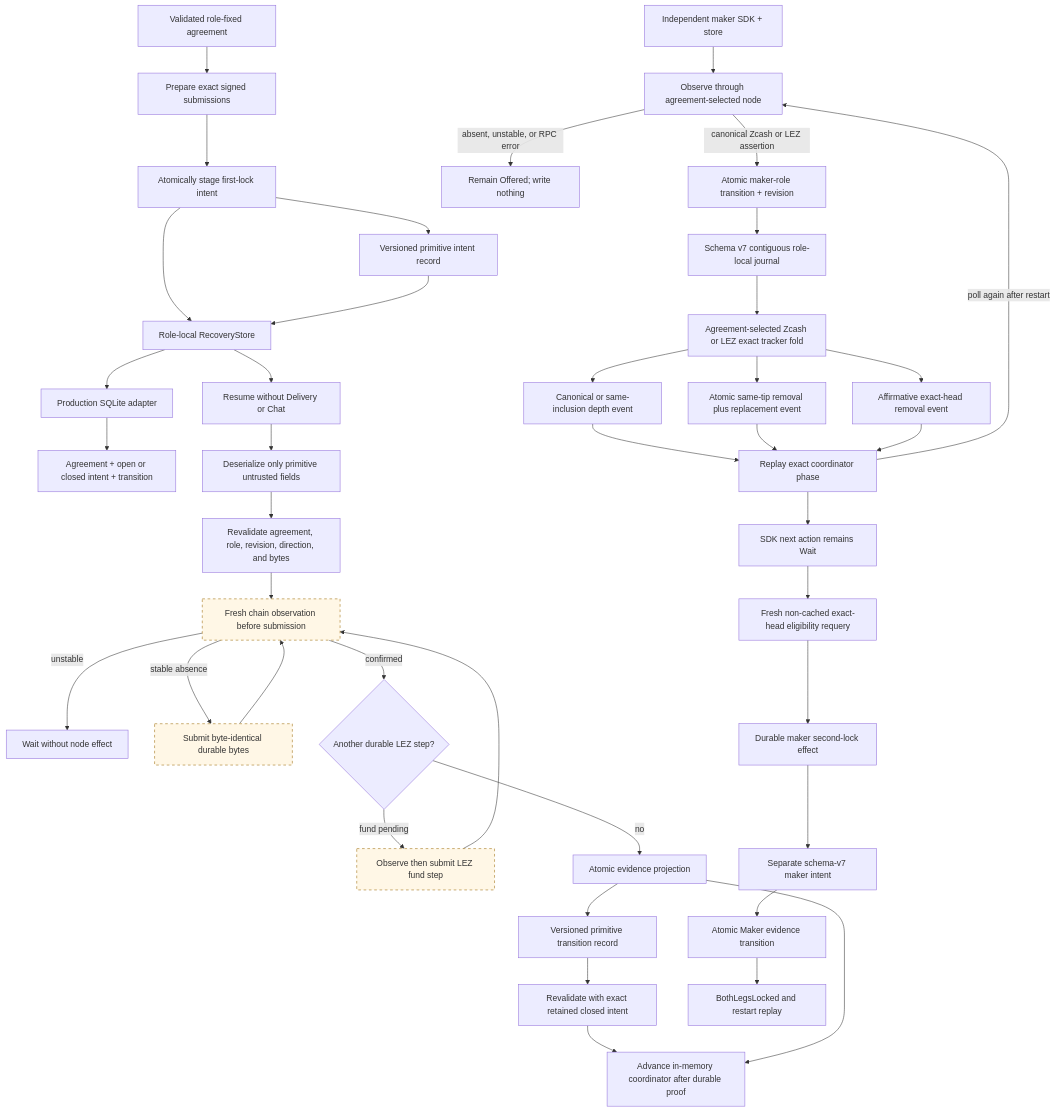
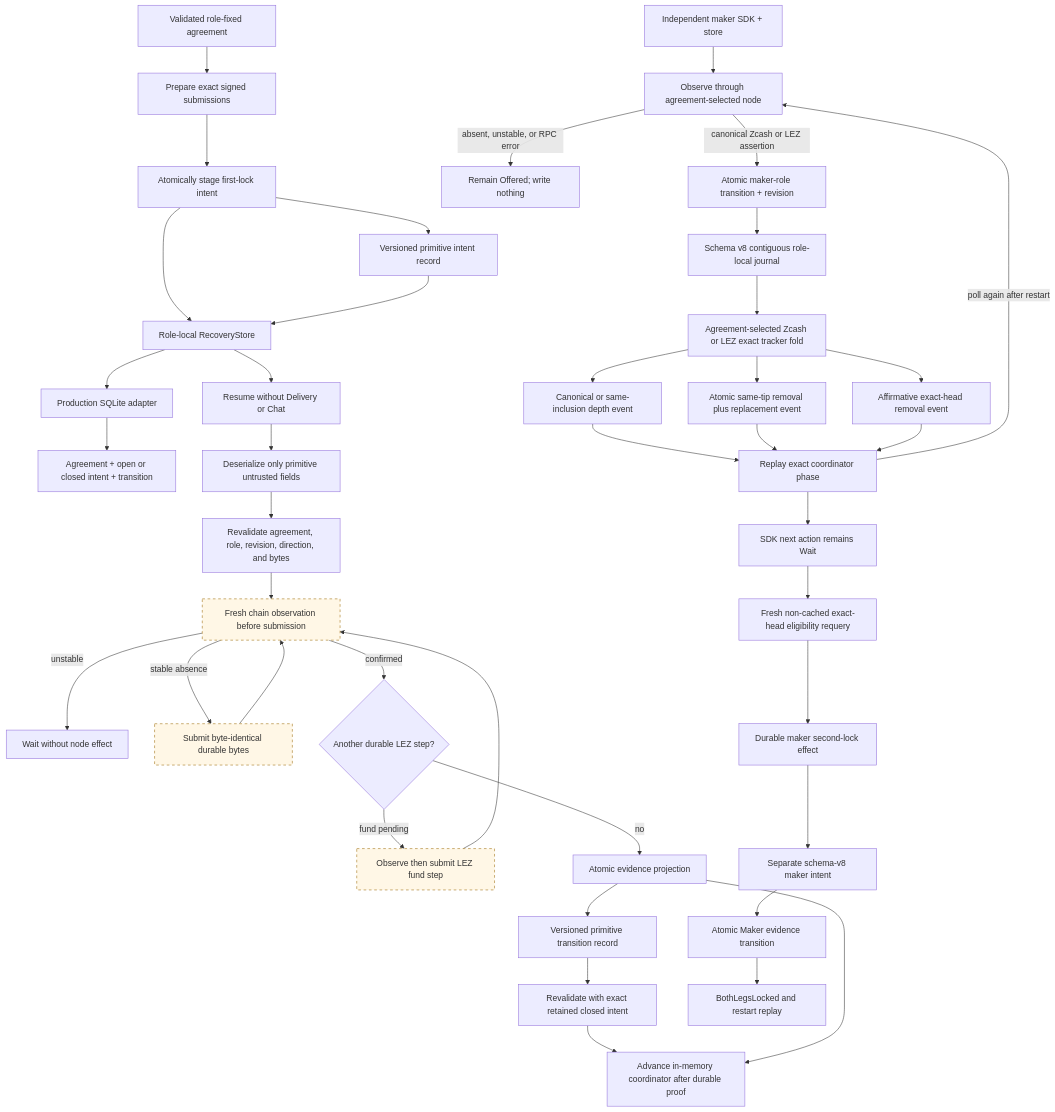
The diagram in docs/architecture/0017-crash-safe-first-lock-intent.md (gateway-fm/lez-atomic-swaps), drawn with Mermaid before and after one commit. The commit also changed other lines of this file and 11 other files, not shown here.

````diff
--- a/docs/architecture/0017-crash-safe-first-lock-intent.md
+++ b/docs/architecture/0017-crash-safe-first-lock-intent.md
@@ -7,47 +6,47 @@
 ```mermaid
 flowchart TB
     Accepted["Validated role-fixed agreement"] --> Prepare["Prepare exact signed submissions"]
     Prepare --> Stage["Atomically stage first-lock intent"]
     Stage --> Durable["Role-local RecoveryStore"]
     Stage --> Encode["Versioned primitive intent record"]
     Encode --> Durable
     Durable --> SQLite["Production SQLite adapter"]
     SQLite --> Tables["Agreement + open or closed intent + transition"]
     Durable --> Restart["Resume without Delivery or Chat"]
     Restart --> Decode["Deserialize only primitive untrusted fields"]
     Decode --> Revalidate["Revalidate agreement, role, revision, direction, and bytes"]
     Revalidate --> Observe["Fresh chain observation before submission"]
     Observe -->|"unstable"| Wait["Wait without node effect"]
     Observe -->|"stable absence"| Submit["Submit byte-identical durable bytes"]
     Submit --> Observe
     Observe -->|"confirmed"| Next{"Another durable LEZ step?"}
     Next -->|"fund pending"| Fund["Observe then submit LEZ fund step"]
     Fund --> Observe
     Next -->|"no"| Projection["Atomic evidence projection"]
     Projection --> Transition["Versioned primitive transition record"]
     Transition --> ClosedIntent["Revalidate with exact retained closed intent"]
     ClosedIntent --> Core
     Projection --> Core["Advance in-memory coordinator after durable proof"]
 
     Maker["Independent maker SDK + store"] --> MakerObserve["Observe through agreement-selected node"]
     MakerObserve -->|"absent, unstable, or RPC error"| MakerWait["Remain Offered; write nothing"]
     MakerObserve -->|"canonical Zcash or LEZ assertion"| MakerProjection["Atomic maker-role transition + revision"]
-    MakerProjection --> Journal["Schema v7 contiguous role-local journal"]
+    MakerProjection --> Journal["Schema v8 contiguous role-local journal"]
     Journal --> Tracker["Agreement-selected Zcash or LEZ exact tracker fold"]
     Tracker --> Canonical["Canonical or same-inclusion depth event"]
     Tracker --> Replaced["Atomic same-tip removal plus replacement event"]
     Tracker --> Removed["Affirmative exact-head removal event"]
     Canonical --> MakerCore["Replay exact coordinator phase"]
     Replaced --> MakerCore
     Removed --> MakerCore
     MakerCore -->|"poll again after restart"| MakerObserve
     MakerCore --> Gate["SDK next action remains Wait"]
     Gate --> Fresh["Fresh non-cached exact-head eligibility requery"]
     Fresh --> MakerEffect["Durable maker second-lock effect"]
-    MakerEffect --> MakerIntent["Separate schema-v7 maker intent"]
+    MakerEffect --> MakerIntent["Separate schema-v8 maker intent"]
     MakerIntent --> MakerTransition["Atomic Maker evidence transition"]
     MakerTransition --> MakerBoth["BothLegsLocked and restart replay"]
 
     classDef planned stroke-dasharray: 5 5,fill:#fff7e6,stroke:#9a6700;
     class Observe,Submit,Fund planned;
 ```
````
